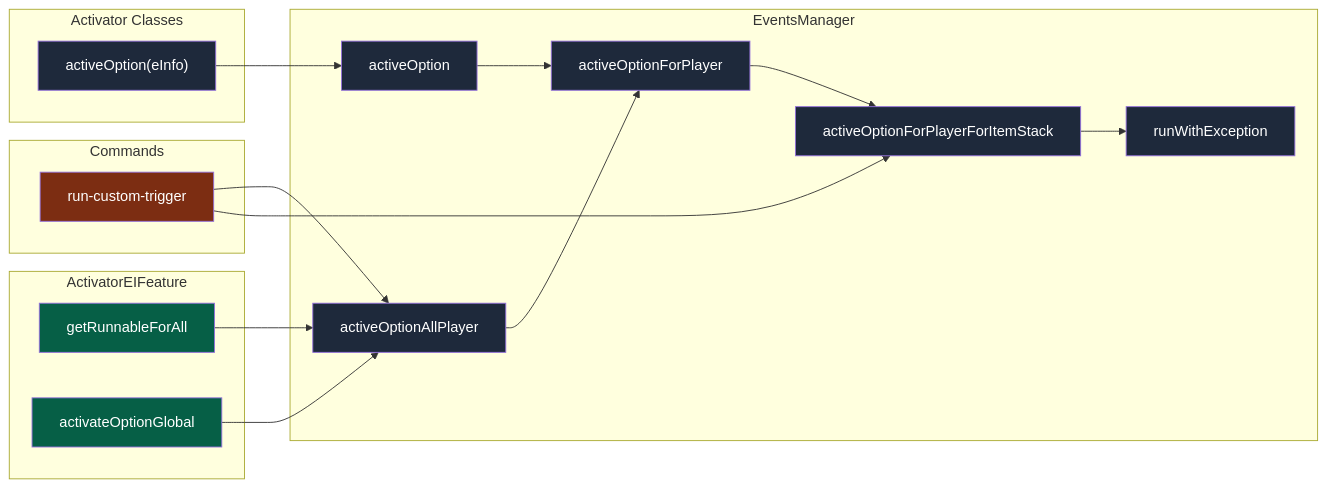
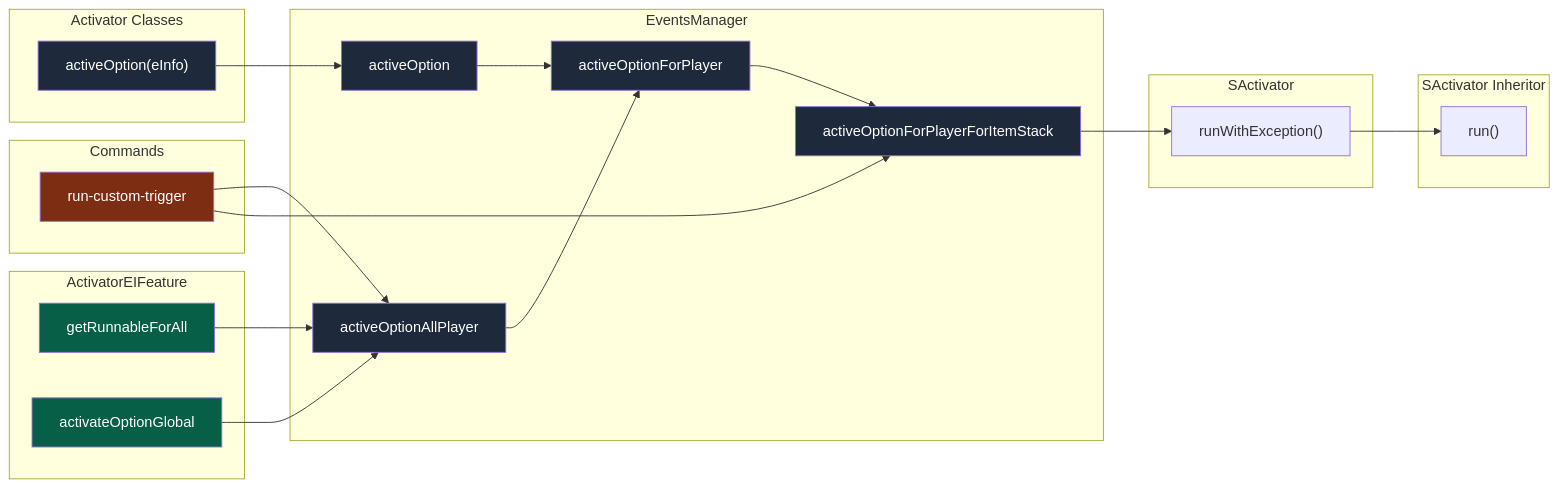
Before and after one commit to Ssomar-Developement/SCore-Documentation: the first of 2 diagrams in docs/executableitems/execution_flows/processing_activator_triggers.md, drawn with Mermaid. The commit also changed other lines of this file and 2 other files, not shown here.

````diff
--- a/docs/executableitems/execution_flows/processing_activator_triggers.md
+++ b/docs/executableitems/execution_flows/processing_activator_triggers.md
@@ -27,43 +27,53 @@
 ```mermaid
 flowchart LR
 
 subgraph ActivatorEIFeature
     ACT_RunAll["getRunnableForAll"]
     ACT_Global["activateOptionGlobal"]
+    
 end
 
 subgraph Commands
     CMD["run-custom-trigger"]
 end
 
 subgraph Activator Classes
     EM_Entry["activeOption(eInfo)"]
 end
 
 subgraph EventsManager
     EM_Option["activeOption"]
     EM_All["activeOptionAllPlayer"]
     EM_Player["activeOptionForPlayer"]
     EM_ItemStack["activeOptionForPlayerForItemStack"]
-    EM_runWithException["runWithException"]
+end
+
+subgraph SActivator
+    SActivator_runWithEx["runWithException()"]
+end
+
+subgraph SActivator Inheritor
+    SA_run["run()"]
 end
 
 ACT_RunAll --> EM_All
 ACT_Global --> EM_All
 CMD --> EM_All
 CMD --> EM_ItemStack
 
 EM_Entry --> EM_Option
 EM_Option --> EM_Player
 EM_All --> EM_Player
 EM_Player --> EM_ItemStack
-EM_ItemStack --> EM_runWithException
+EM_ItemStack --> SActivator_runWithEx
+
+SActivator_runWithEx --> SA_run
 
 classDef manager fill:#1e293b,color:#fff
 classDef feature fill:#065f46,color:#fff
 classDef command fill:#7c2d12,color:#fff
 
 class EM_Entry,EM_Option,EM_All,EM_Player,EM_ItemStack,EM_runWithException manager
 class ACT_RunAll,ACT_Global feature
 class CMD command
 ```
````
